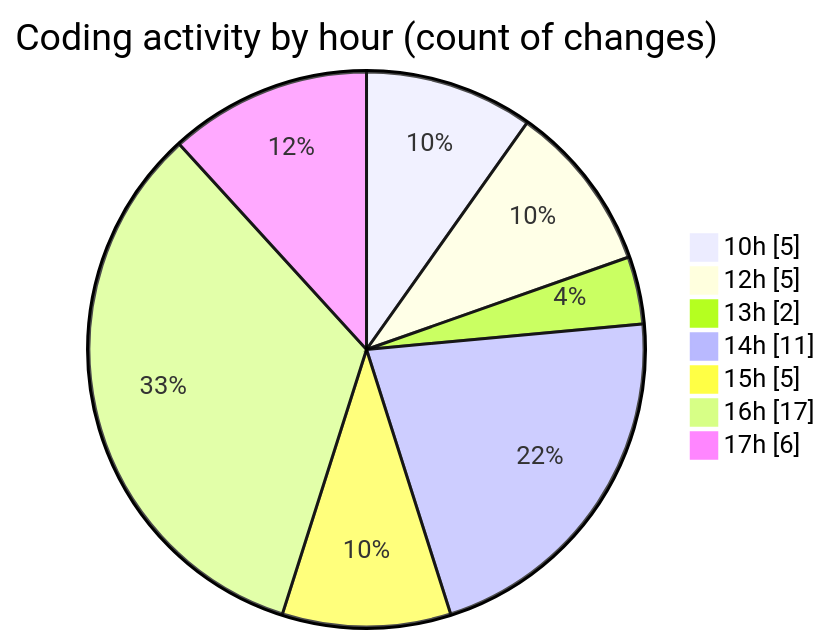
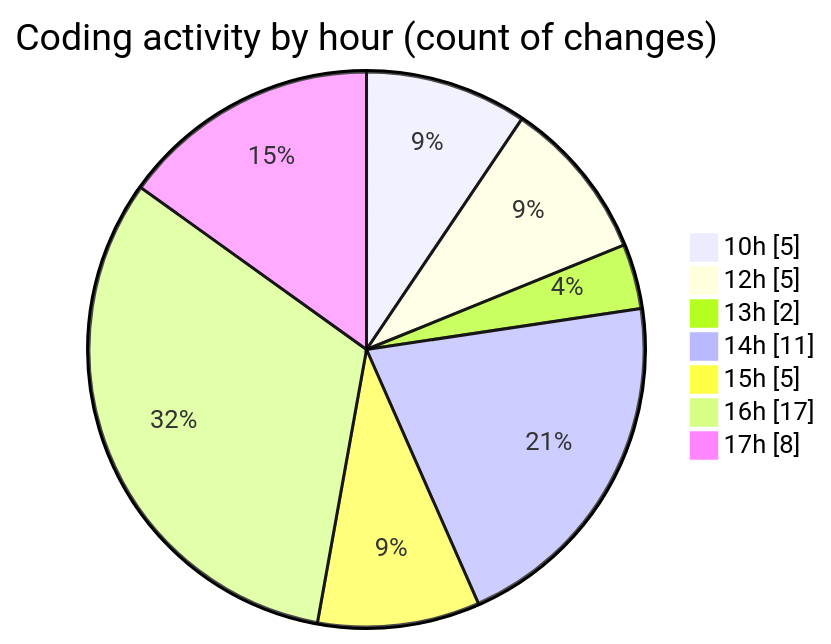
One commit to Ritupan-Deka/code-tracking changed the second of 2 diagrams in 2025-07-07/urlwebwala_intership_work/README.md. Above: the diagram before and after it, drawn with Mermaid. The commit also changed other lines of this file and 1 other file, not shown here.

````diff
--- a/2025-07-07/urlwebwala_intership_work/README.md
+++ b/2025-07-07/urlwebwala_intership_work/README.md
@@ -30,11 +30,11 @@
 ```mermaid
 pie showData
 title Coding activity by hour (count of changes)
 "10h" : 5
 "12h" : 5
 "13h" : 2
 "14h" : 11
 "15h" : 5
 "16h" : 17
-"17h" : 6
+"17h" : 8
 ```
````
